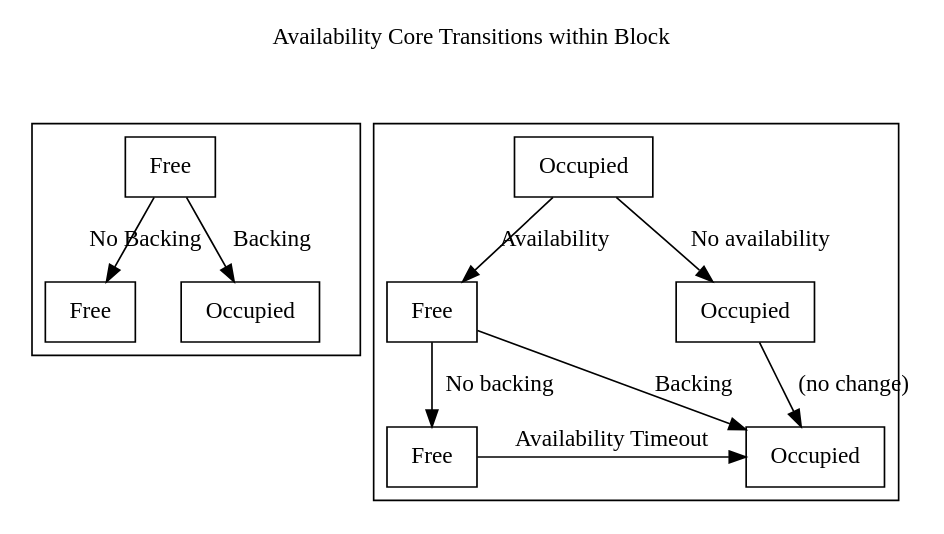
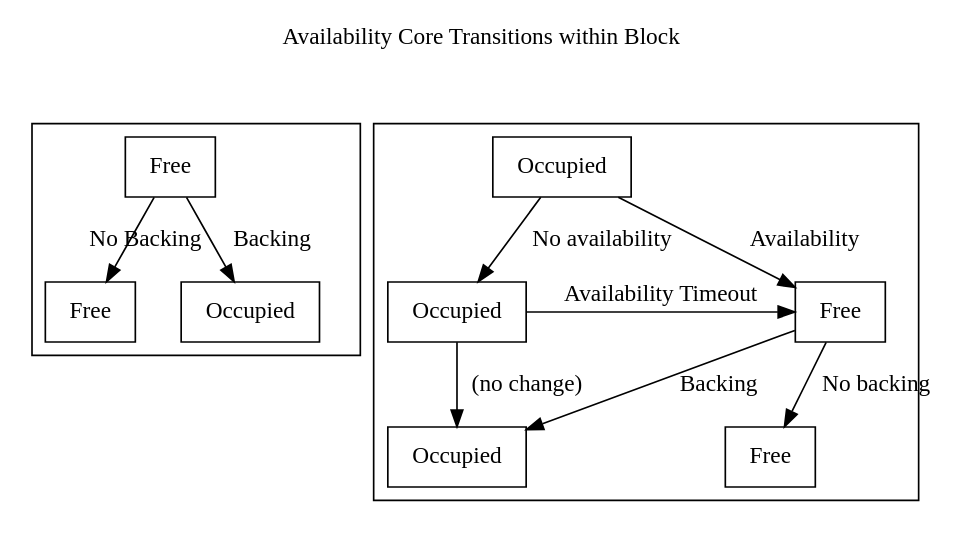
One commit to paritytech/polkadot changed the second of 2 diagrams in roadmap/implementers-guide/src/runtime/scheduler.md. Above: the diagram before and after it, drawn with Graphviz. The commit also changed 2 other files, not shown here.

Commit message:
Update against new runtime apis

````diff
--- a/roadmap/implementers-guide/src/runtime/scheduler.md
+++ b/roadmap/implementers-guide/src/runtime/scheduler.md
@@ -36,42 +36,42 @@
 ```dot process
 digraph {
 	label = "Availability Core Transitions within Block\n\n\n";
 	labelloc = "t";
 	splines="line";
 
 	subgraph cluster_left {
 		label = "";
 		labelloc = "t";
 
 		fr1 [label = "Free" shape=rectangle]
 		fr2 [label = "Free" shape=rectangle]
 		occ [label = "Occupied" shape=rectangle]
 
 		fr1 -> fr2 [label = "No Backing"]
 		fr1 -> occ [label = "Backing"]
 
 		{ rank=same fr2 occ }
 	}
 
 	subgraph cluster_right {
 		label = "";
 		labelloc = "t";
 
 		occ2 [label = "Occupied" shape=rectangle]
 		fr3 [label = "Free" shape=rectangle]
 		fr4 [label = "Free" shape=rectangle]
 		occ3 [label = "Occupied" shape=rectangle]
 		occ4 [label = "Occupied" shape=rectangle]
 
 		occ2 -> fr3 [label = "Availability"]
 		occ2 -> occ3 [label = "No availability"]
 		fr3 -> fr4 [label = "No backing"]
 		fr3 -> occ4 [label = "Backing"]
 		occ3 -> occ4 [label = "(no change)"]
-		fr4 -> occ4 [label = "Availability Timeout"]
+		occ3 -> fr3 [label = "Availability Timeout"]
 
 		{ rank=same; fr3[group=g1]; occ3[group=g2] }
 		{ rank=same; fr4[group=g1]; occ4[group=g2] }
 	}
 }
 ```
````
